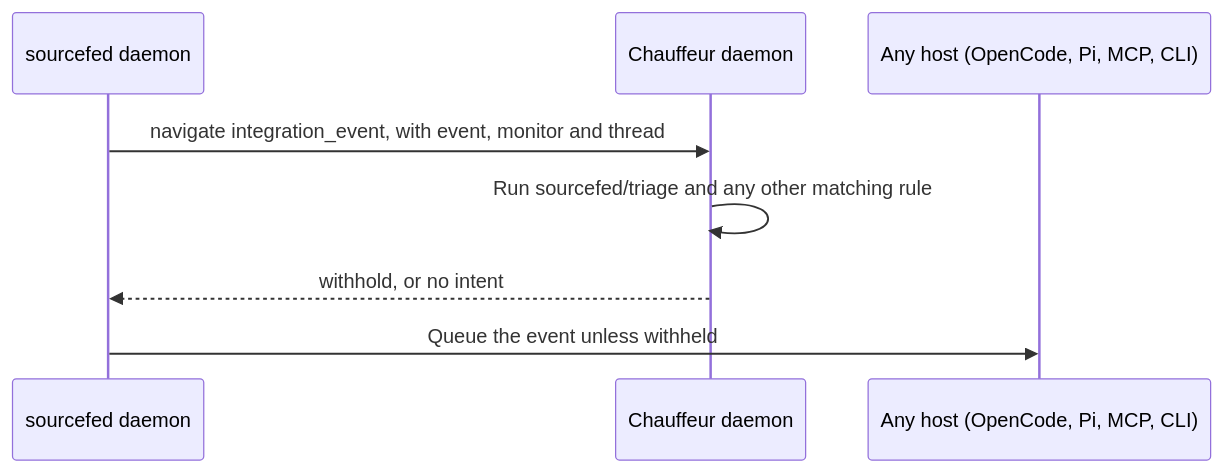
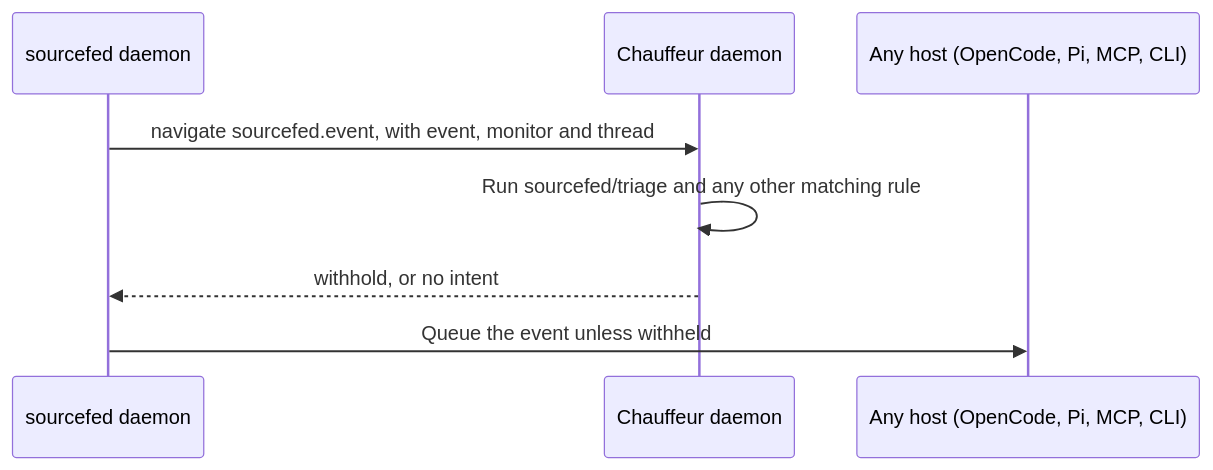
One commit to StevenJPx2/chauffeur changed the seventh of 16 diagrams in docs/plans/pluggability.md. Above: the diagram before and after it, drawn with Mermaid. The commit also changed other lines of this file and 7 other files, not shown here.

````diff
--- a/docs/plans/pluggability.md
+++ b/docs/plans/pluggability.md
@@ -270,10 +274,10 @@
 ```mermaid
 sequenceDiagram
     participant S as sourcefed daemon
     participant C as Chauffeur daemon
     participant H as Any host (OpenCode, Pi, MCP, CLI)
-    S->>C: navigate integration_event, with event, monitor and thread
+    S->>C: navigate sourcefed.event, with event, monitor and thread
     C->>C: Run sourcefed/triage and any other matching rule
     C-->>S: withhold, or no intent
     S->>H: Queue the event unless withheld
 ```
````
